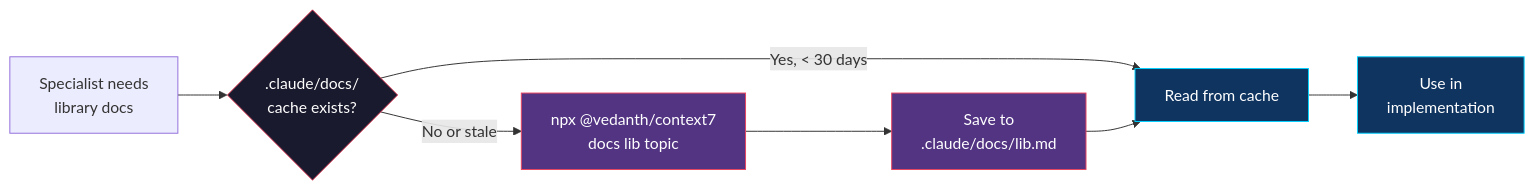
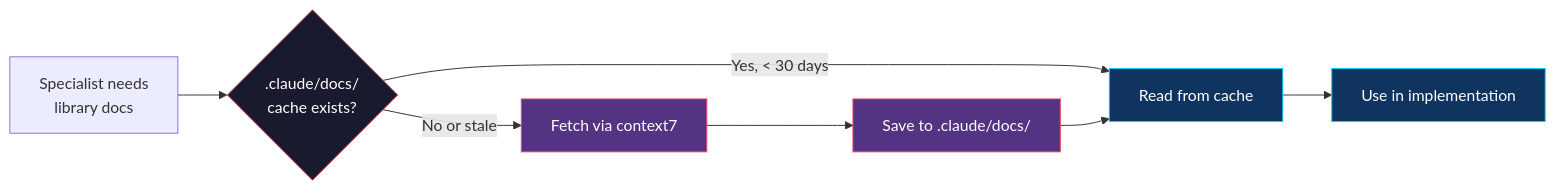
One commit to lucianfialho/atomic-gates changed the first of 2 diagrams in README.md. Above: the diagram before and after it, drawn with Mermaid. The commit also changed other lines of this file, not shown here.

Commit message:
docs: rewrite README — cleaner structure, fix diagram numbering, consistent commands

````diff
--- a/README.md
+++ b/README.md
@@ -102,18 +63,14 @@
 ```mermaid
 flowchart LR
     NEED["Specialist needs\nlibrary docs"] --> CHECK{".claude/docs/\ncache exists?"}
-
     CHECK -->|"Yes, < 30 days"| READ["Read from cache"]
-    CHECK -->|"No or stale"| FETCH["npx @vedanth/context7\ndocs lib topic"]
-
-    FETCH --> SAVE["Save to\n.claude/docs/lib.md"]
-    SAVE --> READ
-
-    READ --> USE["Use in\nimplementation"]
+    CHECK -->|"No or stale"| FETCH["Fetch via context7"]
+    FETCH --> SAVE["Save to .claude/docs/"] --> READ
+    READ --> USE["Use in implementation"]
 
     style CHECK fill:#1a1a2e,stroke:#e94560,color:#fff
     style FETCH fill:#533483,stroke:#e94560,color:#fff
     style SAVE fill:#533483,stroke:#e94560,color:#fff
     style READ fill:#0f3460,stroke:#00d2ff,color:#fff
     style USE fill:#0f3460,stroke:#00d2ff,color:#fff
 ```
````
